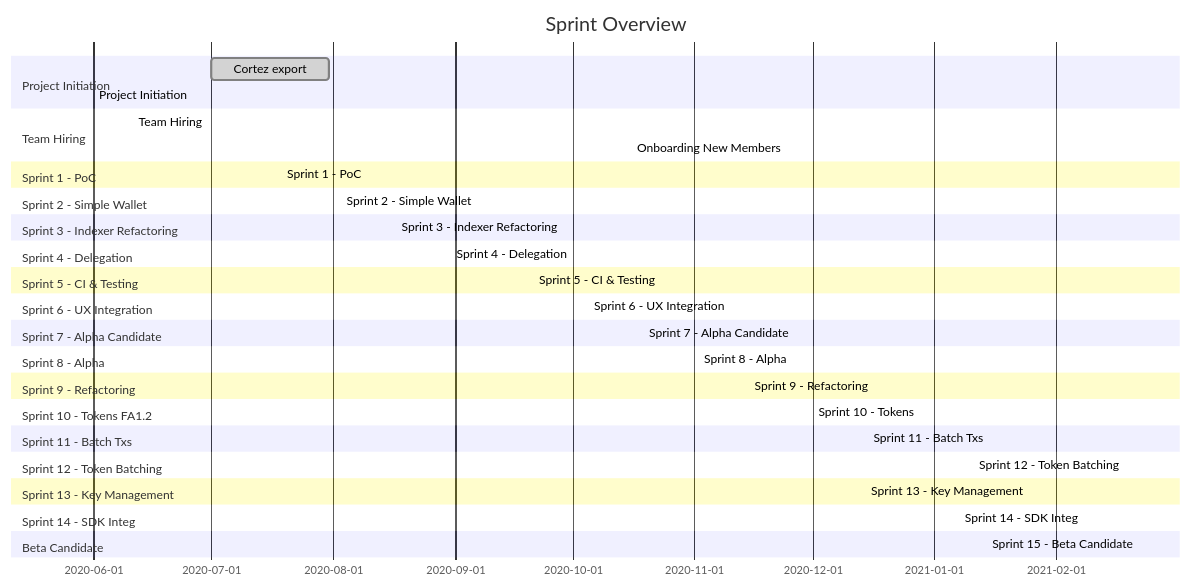
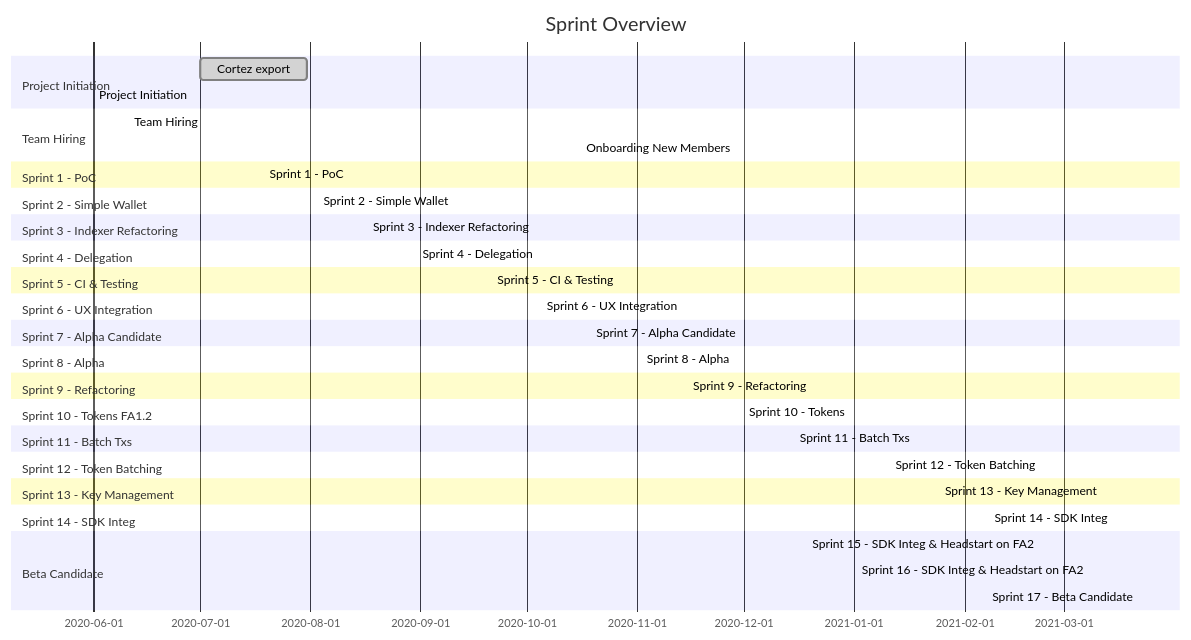
One commit to trilitech/umami-v1 changed the second of 2 diagrams in docs/operative/project_plan.md. Above: the diagram before and after it, drawn with Mermaid.

````diff
--- a/docs/operative/project_plan.md
+++ b/docs/operative/project_plan.md
@@ -45,40 +45,44 @@
 ```mermaid
 gantt
     title Sprint Overview
     section Project Initiation
     Cortez export                                     :done  , 2020-07-01 , 30d
     Project Initiation                                :done  , 2020-06-01, 2020-07-13
     section Team Hiring
     Team Hiring                                       :done  , 2020-06-11, 2020-09-01
     Onboarding New Members                            :done  , 2020-10-16, 2020-11-01
     section Sprint 1 - PoC
     Sprint 1 - PoC                                    :done  , 2020-07-19, 2020-07-31
     section Sprint 2 - Simple Wallet
     Sprint 2 - Simple Wallet                          :done  , 2020-08-03, 2020-08-14
     section Sprint 3 - Indexer Refactoring
     Sprint 3 - Indexer Refactoring                    :done  , 2020-08-17, 2020-08-28
     section Sprint 4 - Delegation
     Sprint 4 - Delegation                             :done  , 2020-08-31, 2020-09-18
     section Sprint 5 - CI & Testing
     Sprint 5 - CI & Testing                           :done  , 2020-09-21, 2020-10-02
     section Sprint 6 - UX Integration
     Sprint 6 - UX Integration                         :done  , 2020-10-05, 2020-10-16
     section Sprint 7 - Alpha Candidate
     Sprint 7 - Alpha Candidate                        :done  , 2020-10-19, 2020-10-30
     section Sprint 8 - Alpha
     Sprint 8 - Alpha                                  :done  , 2020-11-02, 2020-11-13
     section Sprint 9 - Refactoring
     Sprint 9 - Refactoring                            :done  , 2020-11-15, 2020-11-27
     section Sprint 10 - Tokens FA1.2
     Sprint 10 - Tokens                                :done  , 2020-12-01, 2020-12-11
     section Sprint 11 - Batch Txs
     Sprint 11 - Batch Txs                             :done  , 2020-12-15, 2021-01-08
     section Sprint 12 - Token Batching
     Sprint 12 - Token Batching                        :done  , 2021-01-11, 2021-01-22
     section Sprint 13 - Key Management
     Sprint 13 - Key Management                        :done  , 2021-01-25, 2021-02-05
     section Sprint 14 - SDK Integ
     Sprint 14 - SDK Integ                             :done  , 2021-02-08, 2021-02-19
     section Beta Candidate
-    Sprint 15 - Beta Candidate                        :active, 2021-02-22, 2021-03-05
+    Sprint 15 - SDK Integ & Headstart on FA2          :done. , 2021-02-22, 2021-03-05
+    section Beta Candidate
+    Sprint 16 - SDK Integ & Headstart on FA2          :active, 2021-03-08, 2021-03-19
+    section Beta Candidate
+    Sprint 17 - Beta Candidate                        :active, 2021-03-22, 2021-04-05
 ```
````
